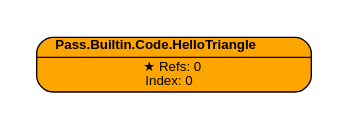
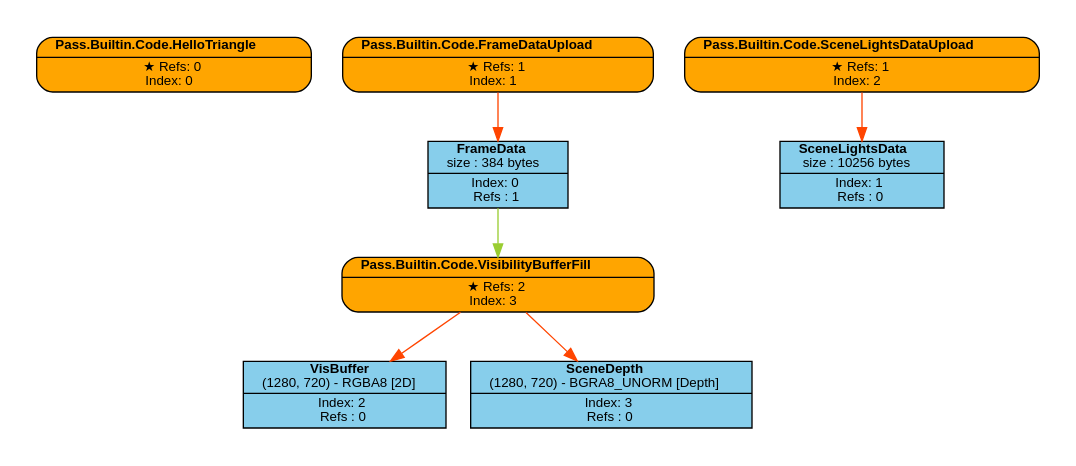
One commit to Pikachuxxxx/Razix changed the diagram in Engine/content/FrameGraphs/data_driven_editor_test.dot. Above: the diagram before and after it, drawn with Graphviz. The commit also changed 42 other files, not shown here.

Commit message:
Adding vis buffer pass

```diff
--- a/Engine/content/FrameGraphs/data_driven_editor_test.dot
+++ b/Engine/content/FrameGraphs/data_driven_editor_test.dot
@@ -1,20 +1,43 @@
 digraph FrameGraph {
 graph [style=invis, rankdir="TB" ordering=out, splines=spline]
 node [shape=record, fontname="helvetica", fontsize=10, margin="0.2,0.03"]
 
 P0 [label=<{ {<B>Pass.Builtin.Code.HelloTriangle</B>} | {&#x2605; Refs: 0<BR/> Index: 0} }> style="rounded,filled", fillcolor=orange]
+P1 [label=<{ {<B>Pass.Builtin.Code.FrameDataUpload</B>} | {&#x2605; Refs: 1<BR/> Index: 1} }> style="rounded,filled", fillcolor=orange]
+P2 [label=<{ {<B>Pass.Builtin.Code.SceneLightsDataUpload</B>} | {&#x2605; Refs: 1<BR/> Index: 2} }> style="rounded,filled", fillcolor=orange]
+P3 [label=<{ {<B>Pass.Builtin.Code.VisibilityBufferFill</B>} | {&#x2605; Refs: 2<BR/> Index: 3} }> style="rounded,filled", fillcolor=orange]
 
+R0_1 [label=<{ {<B>FrameData</B><BR/>size : 384 bytes} | {Index: 0<BR/>Refs : 1} }> style=filled, fillcolor=skyblue]
+R1_1 [label=<{ {<B>SceneLightsData</B><BR/>size : 10256 bytes} | {Index: 1<BR/>Refs : 0} }> style=filled, fillcolor=skyblue]
+R2_1 [label=<{ {<B>VisBuffer</B><BR/>(1280, 720) - RGBA8 [2D]} | {Index: 2<BR/>Refs : 0} }> style=filled, fillcolor=skyblue]
+R3_1 [label=<{ {<B>SceneDepth</B><BR/>(1280, 720) - BGRA8_UNORM [Depth]} | {Index: 3<BR/>Refs : 0} }> style=filled, fillcolor=skyblue]
 
 P0 -> { } [color=orangered]
+P1 -> { R0_1 } [color=orangered]
+P2 -> { R1_1 } [color=orangered]
+P3 -> { R2_1 R3_1 } [color=orangered]
 
+R0_1 -> { P3 } [color=olivedrab3]
+R1_1 -> { } [color=olivedrab3]
+R2_1 -> { } [color=olivedrab3]
+R3_1 -> { } [color=olivedrab3]
 
 subgraph cluster_0 {
 P0 
+}
+subgraph cluster_1 {
+P1 R0_1 
+}
+subgraph cluster_2 {
+P2 R1_1 
+}
+subgraph cluster_3 {
+P3 R2_1 R3_1 
 }
 
 subgraph cluster_imported_resources {
 graph [style=dotted, fontname="helvetica", label=< <B>Imported</B> >]
 
 }
 
 }
```
